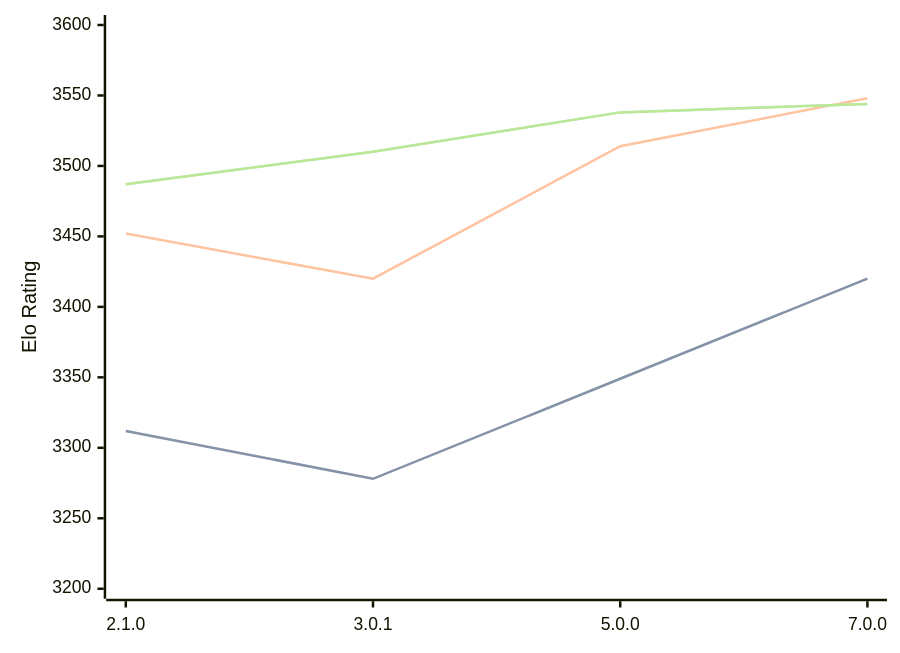
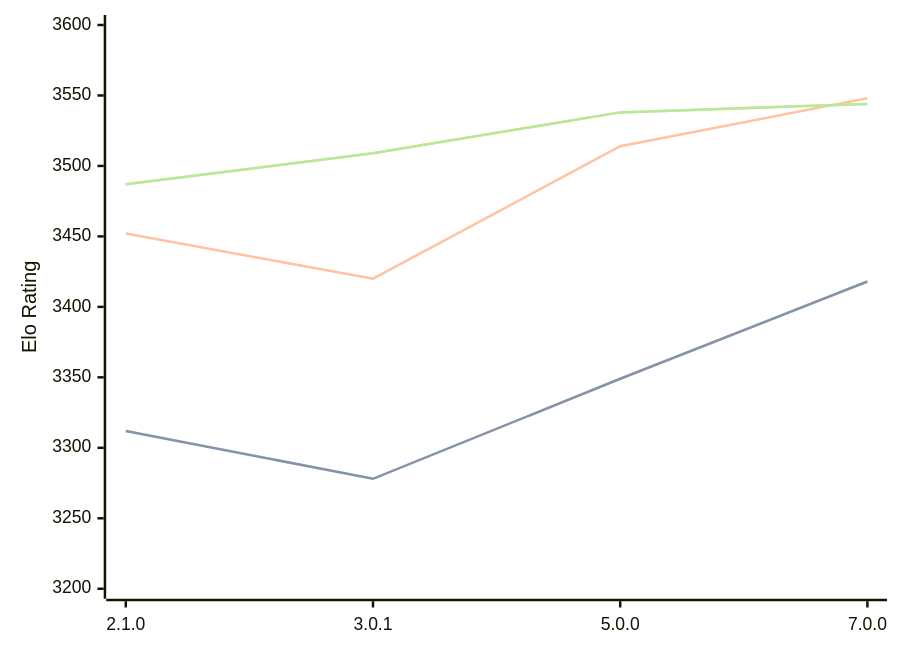
Before and after one commit to computer-chess-index/cci: the third of 3 diagrams in engines/PlentyChess.md, drawn with Mermaid. The commit also changed other lines of this file, not shown here.

Commit message:
Update CCI Ratings (ELO VLTC) - 2026-06-17

````diff
--- a/engines/PlentyChess.md
+++ b/engines/PlentyChess.md
@@ -78,11 +78,11 @@
 ```mermaid
 %%{init: {"theme":"base","themeVariables":{"seriesColors:['#a3a3a3','#222221','#faa371']}}}%%
 xychart-beta
   x-axis ["2.1.0", "3.0.1", "5.0.0", "7.0.0"]
   y-axis "Elo Rating" 3200 --> 3600
-  line "STC (8.0+0.08s)" [3312, 3278, 3349, 3420]
-  line "STC (8.0+0.08s)" [3312, 3278, 3349, 3420]
+  line "STC (8.0+0.08s)" [3312, 3278, 3349, 3418]
+  line "STC (8.0+0.08s)" [3312, 3278, 3349, 3418]
   line "LTC (60.0+0.60s)" [3452, 3420, 3514, 3548]
-  line "VLTC (2m24s+1.12s)" [3487, 3510, 3538, 3544]
-  line "VLTC (2m24s+1.12s)" [3487, 3510, 3538, 3544]
+  line "VLTC (2m24s+1.12s)" [3487, 3509, 3538, 3544]
+  line "VLTC (2m24s+1.12s)" [3487, 3509, 3538, 3544]
 ```
````
